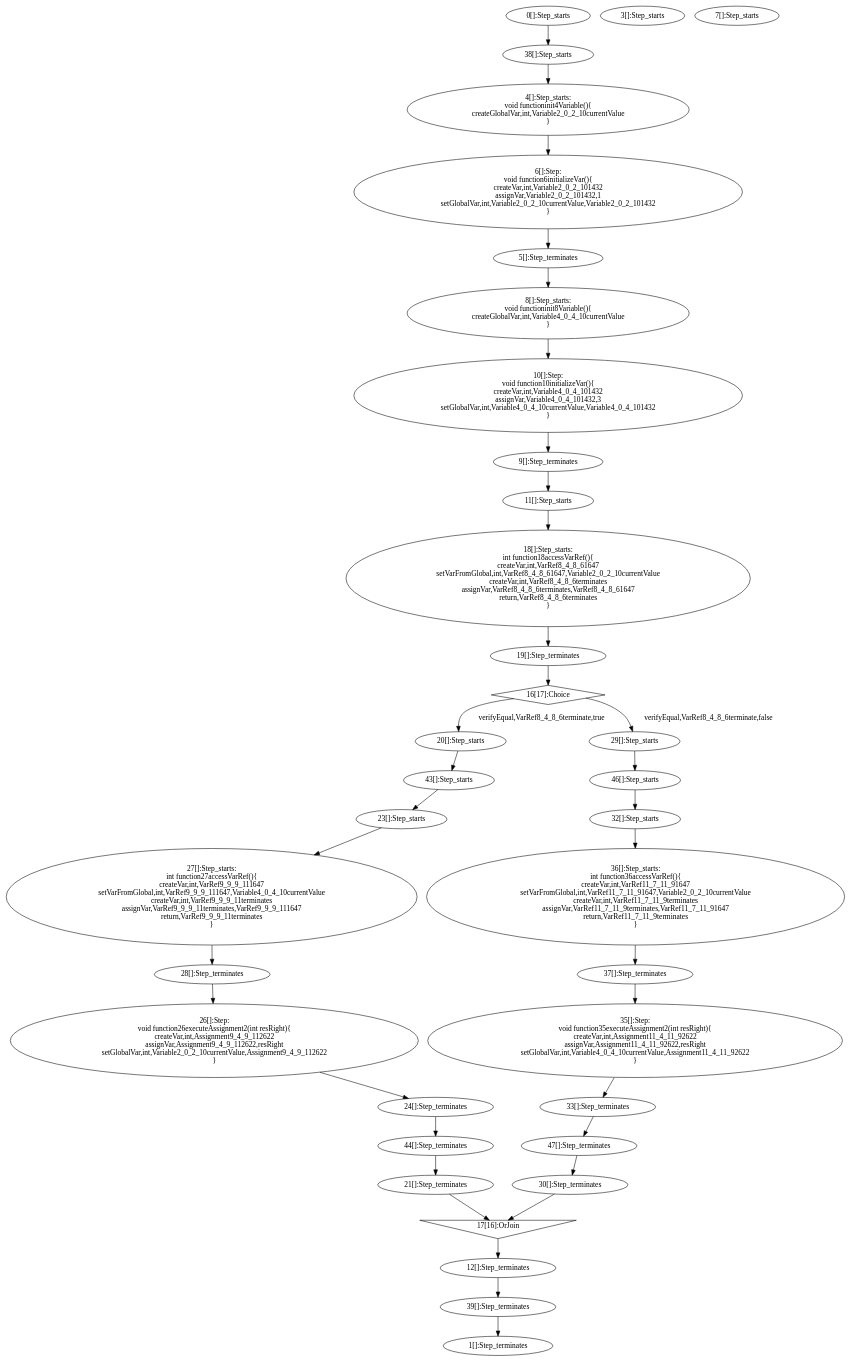
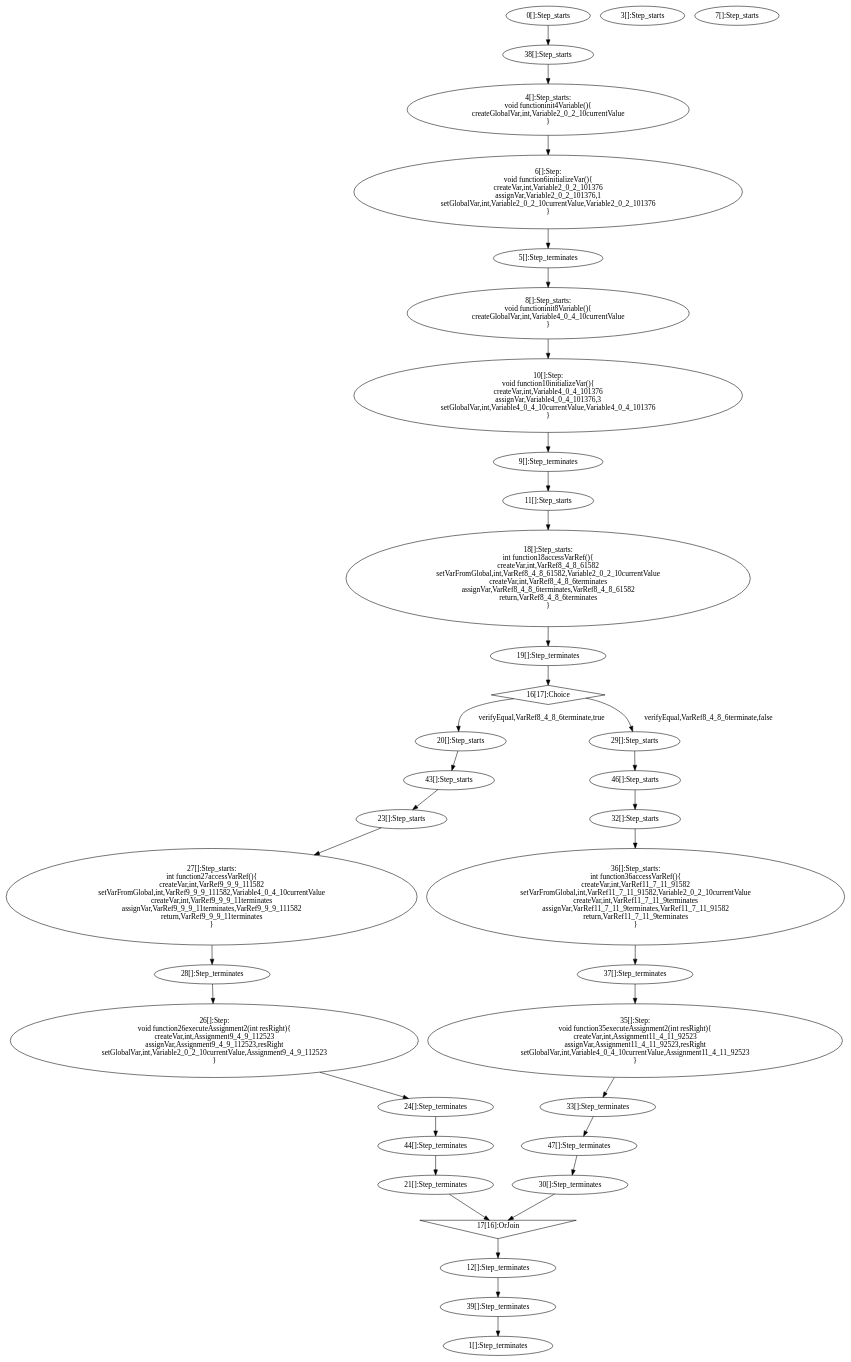
The diagram in examples/programs/generated/basictestplus.dot (jdeantoni/TCOS.lang), drawn with Graphviz before and after one commit. The commit also changed 48 other files, not shown here.

```diff
--- a/examples/programs/generated/basictestplus.dot
+++ b/examples/programs/generated/basictestplus.dot
@@ -1,119 +1,119 @@
 digraph G {
   "0" [label="0[]:Step_starts" shape="ellipse" ];
   "1" [label="1[]:Step_terminates" shape="ellipse" ];
   "38" [label="38[]:Step_starts" shape="ellipse" ];
   "39" [label="39[]:Step_terminates" shape="ellipse" ];
   "3" [label="3[]:Step_starts" shape="ellipse" ];
   "4" [label="4[]:Step_starts:
 void functioninit4Variable(){
 createGlobalVar,int,Variable2_0_2_10currentValue
 }" shape="ellipse" ];
   "5" [label="5[]:Step_terminates" shape="ellipse" ];
   "6" [label="6[]:Step:
 void function6initializeVar(){
-createVar,int,Variable2_0_2_101432
-assignVar,Variable2_0_2_101432,1
-setGlobalVar,int,Variable2_0_2_10currentValue,Variable2_0_2_101432
+createVar,int,Variable2_0_2_101376
+assignVar,Variable2_0_2_101376,1
+setGlobalVar,int,Variable2_0_2_10currentValue,Variable2_0_2_101376
 }" shape="ellipse" ];
   "7" [label="7[]:Step_starts" shape="ellipse" ];
   "8" [label="8[]:Step_starts:
 void functioninit8Variable(){
 createGlobalVar,int,Variable4_0_4_10currentValue
 }" shape="ellipse" ];
   "9" [label="9[]:Step_terminates" shape="ellipse" ];
   "10" [label="10[]:Step:
 void function10initializeVar(){
-createVar,int,Variable4_0_4_101432
-assignVar,Variable4_0_4_101432,3
-setGlobalVar,int,Variable4_0_4_10currentValue,Variable4_0_4_101432
+createVar,int,Variable4_0_4_101376
+assignVar,Variable4_0_4_101376,3
+setGlobalVar,int,Variable4_0_4_10currentValue,Variable4_0_4_101376
 }" shape="ellipse" ];
   "11" [label="11[]:Step_starts" shape="ellipse" ];
   "12" [label="12[]:Step_terminates" shape="ellipse" ];
   "16" [label="16[17]:Choice" shape="diamond" ];
   "17" [label="17[16]:OrJoin" shape="invtriangle" ];
   "18" [label="18[]:Step_starts:
 int function18accessVarRef(){
-createVar,int,VarRef8_4_8_61647
-setVarFromGlobal,int,VarRef8_4_8_61647,Variable2_0_2_10currentValue
+createVar,int,VarRef8_4_8_61582
+setVarFromGlobal,int,VarRef8_4_8_61582,Variable2_0_2_10currentValue
 createVar,int,VarRef8_4_8_6terminates
-assignVar,VarRef8_4_8_6terminates,VarRef8_4_8_61647
+assignVar,VarRef8_4_8_6terminates,VarRef8_4_8_61582
 return,VarRef8_4_8_6terminates
 }" shape="ellipse" ];
   "19" [label="19[]:Step_terminates" shape="ellipse" ];
   "20" [label="20[]:Step_starts" shape="ellipse" ];
   "21" [label="21[]:Step_terminates" shape="ellipse" ];
   "29" [label="29[]:Step_starts" shape="ellipse" ];
   "30" [label="30[]:Step_terminates" shape="ellipse" ];
   "43" [label="43[]:Step_starts" shape="ellipse" ];
   "44" [label="44[]:Step_terminates" shape="ellipse" ];
   "46" [label="46[]:Step_starts" shape="ellipse" ];
   "47" [label="47[]:Step_terminates" shape="ellipse" ];
   "23" [label="23[]:Step_starts" shape="ellipse" ];
   "24" [label="24[]:Step_terminates" shape="ellipse" ];
   "26" [label="26[]:Step:
 void function26executeAssignment2(int resRight){
-createVar,int,Assignment9_4_9_112622
-assignVar,Assignment9_4_9_112622,resRight
-setGlobalVar,int,Variable2_0_2_10currentValue,Assignment9_4_9_112622
+createVar,int,Assignment9_4_9_112523
+assignVar,Assignment9_4_9_112523,resRight
+setGlobalVar,int,Variable2_0_2_10currentValue,Assignment9_4_9_112523
 }" shape="ellipse" ];
   "32" [label="32[]:Step_starts" shape="ellipse" ];
   "33" [label="33[]:Step_terminates" shape="ellipse" ];
   "35" [label="35[]:Step:
 void function35executeAssignment2(int resRight){
-createVar,int,Assignment11_4_11_92622
-assignVar,Assignment11_4_11_92622,resRight
-setGlobalVar,int,Variable4_0_4_10currentValue,Assignment11_4_11_92622
+createVar,int,Assignment11_4_11_92523
+assignVar,Assignment11_4_11_92523,resRight
+setGlobalVar,int,Variable4_0_4_10currentValue,Assignment11_4_11_92523
 }" shape="ellipse" ];
   "27" [label="27[]:Step_starts:
 int function27accessVarRef(){
-createVar,int,VarRef9_9_9_111647
-setVarFromGlobal,int,VarRef9_9_9_111647,Variable4_0_4_10currentValue
+createVar,int,VarRef9_9_9_111582
+setVarFromGlobal,int,VarRef9_9_9_111582,Variable4_0_4_10currentValue
 createVar,int,VarRef9_9_9_11terminates
-assignVar,VarRef9_9_9_11terminates,VarRef9_9_9_111647
+assignVar,VarRef9_9_9_11terminates,VarRef9_9_9_111582
 return,VarRef9_9_9_11terminates
 }" shape="ellipse" ];
   "28" [label="28[]:Step_terminates" shape="ellipse" ];
   "36" [label="36[]:Step_starts:
 int function36accessVarRef(){
-createVar,int,VarRef11_7_11_91647
-setVarFromGlobal,int,VarRef11_7_11_91647,Variable2_0_2_10currentValue
+createVar,int,VarRef11_7_11_91582
+setVarFromGlobal,int,VarRef11_7_11_91582,Variable2_0_2_10currentValue
 createVar,int,VarRef11_7_11_9terminates
-assignVar,VarRef11_7_11_9terminates,VarRef11_7_11_91647
+assignVar,VarRef11_7_11_9terminates,VarRef11_7_11_91582
 return,VarRef11_7_11_9terminates
 }" shape="ellipse" ];
   "37" [label="37[]:Step_terminates" shape="ellipse" ];
   "0" -> "38" [label=""];
   "39" -> "1" [label=""];
   "38" -> "4" [label=""];
   "5" -> "8" [label=""];
   "9" -> "11" [label=""];
   "12" -> "39" [label=""];
   "4" -> "6" [label=""];
   "6" -> "5" [label=""];
   "8" -> "10" [label=""];
   "10" -> "9" [label=""];
   "11" -> "18" [label=""];
   "19" -> "16" [label=""];
   "16" -> "20" [label="verifyEqual,VarRef8_4_8_6terminate,true"];
   "16" -> "29" [label="verifyEqual,VarRef8_4_8_6terminate,false"];
   "30" -> "17" [label=""];
   "21" -> "17" [label=""];
   "17" -> "12" [label=""];
   "18" -> "19" [label=""];
   "20" -> "43" [label=""];
   "44" -> "21" [label=""];
   "29" -> "46" [label=""];
   "47" -> "30" [label=""];
   "43" -> "23" [label=""];
   "24" -> "44" [label=""];
   "46" -> "32" [label=""];
   "33" -> "47" [label=""];
   "23" -> "27" [label=""];
   "28" -> "26" [label=""];
   "26" -> "24" [label=""];
   "32" -> "36" [label=""];
   "37" -> "35" [label=""];
   "35" -> "33" [label=""];
   "27" -> "28" [label=""];
   "36" -> "37" [label=""];
 }
```
